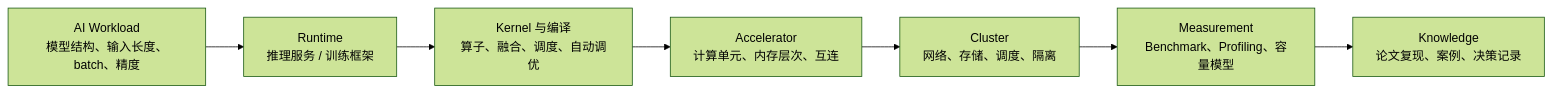
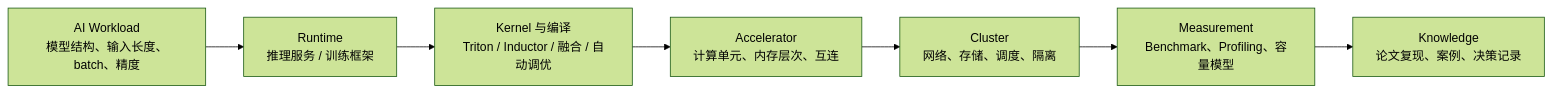
One commit to AmourSec/aikg changed the second of 2 diagrams in docs/knowledge-map.md. Above: the diagram before and after it, drawn with Mermaid (forest theme). The commit also changed other lines of this file and 4 other files, not shown here.

Commit message:
Add Triton and TorchInductor topics

````diff
--- a/docs/knowledge-map.md
+++ b/docs/knowledge-map.md
@@ -72,17 +76,17 @@
 ```mermaid
 flowchart LR
   W["AI Workload<br/>模型结构、输入长度、batch、精度"] --> R["Runtime<br/>推理服务 / 训练框架"]
-  R --> K["Kernel 与编译<br/>算子、融合、调度、自动调优"]
+  R --> K["Kernel 与编译<br/>Triton / Inductor / 融合 / 自动调优"]
   K --> H["Accelerator<br/>计算单元、内存层次、互连"]
   H --> C["Cluster<br/>网络、存储、调度、隔离"]
   C --> M["Measurement<br/>Benchmark、Profiling、容量模型"]
   M --> P["Knowledge<br/>论文复现、案例、决策记录"]
 
   click W "../02-ai-workloads/" "打开 AI 计算工作负载基础"
   click R "../03-inference-systems/" "打开推理系统与服务优化"
   click K "../05-kernels-compilers/" "打开 Kernel、算子与编译优化"
   click H "../06-accelerators-architecture/" "打开 AI 加速器与计算架构"
   click C "../07-cluster-infra/" "打开集群、网络、存储与调度"
   click M "../08-benchmark-capacity/" "打开性能分析、Benchmark 与容量建模"
   click P "../10-papers-cases/" "打开论文复现与系统案例"
 ```
````
